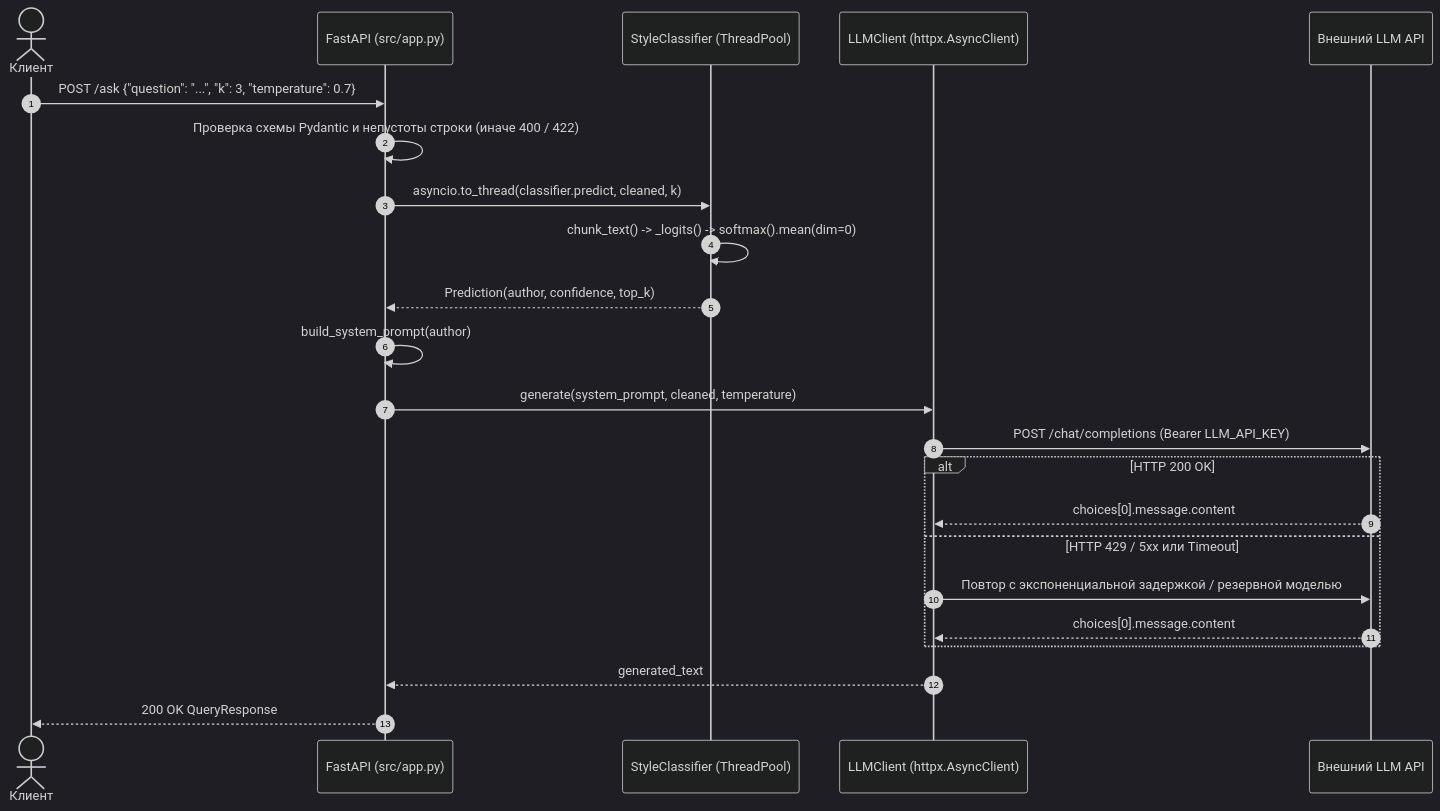
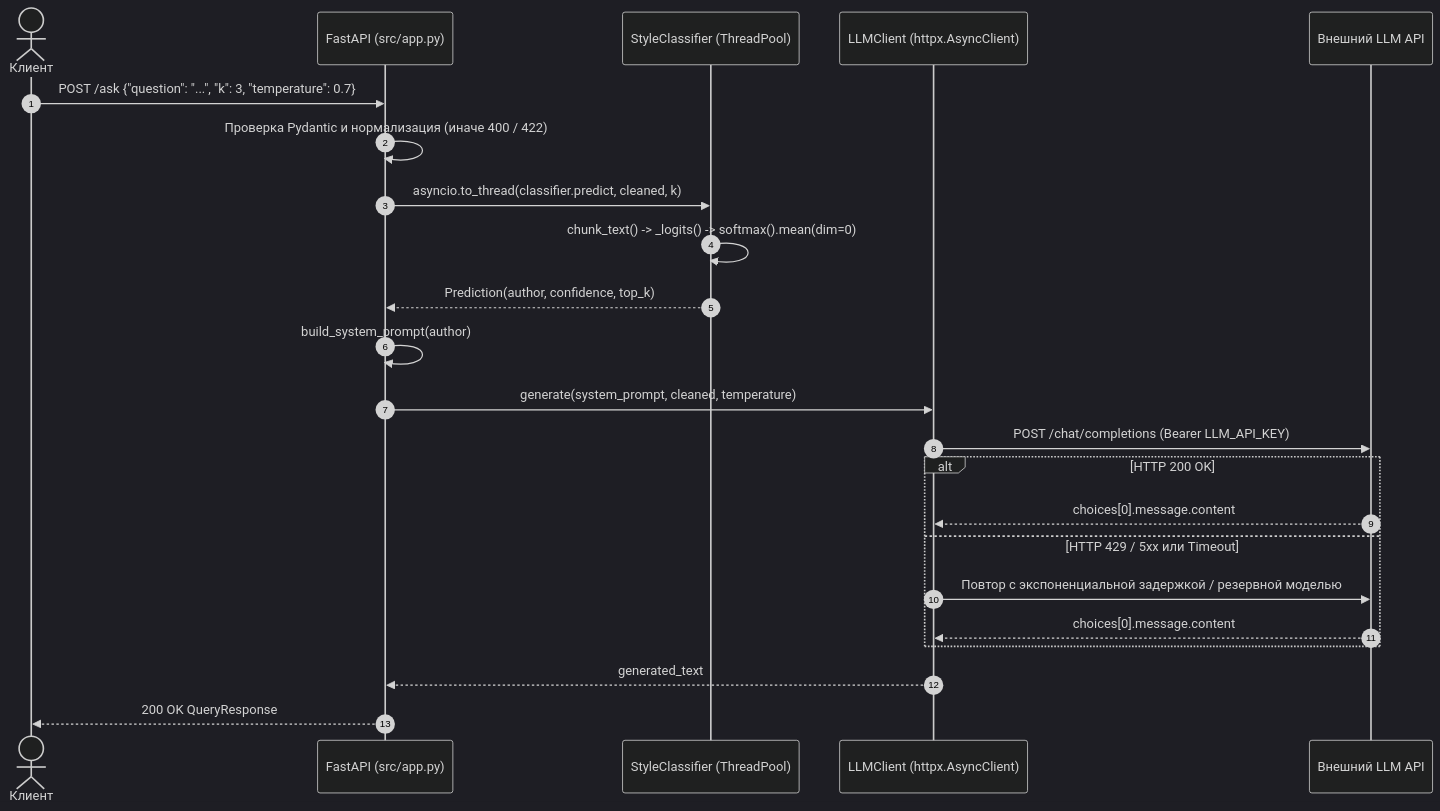
Before and after one commit to dsv-lt/SovTeh: the second of 2 diagrams in docs/TECHNICAL_DOCUMENTATION.md, drawn with Mermaid (dark theme). The commit also changed other lines of this file and 4 other files, not shown here.

Commit message:
docs: align architecture, technical docs, user guide, report, and README

````diff
--- a/docs/TECHNICAL_DOCUMENTATION.md
+++ b/docs/TECHNICAL_DOCUMENTATION.md
@@ -67,26 +81,26 @@
 ```mermaid
 sequenceDiagram
     autonumber
     actor User as Клиент
     participant API as FastAPI (src/app.py)
     participant Clf as StyleClassifier (ThreadPool)
     participant LLM as LLMClient (httpx.AsyncClient)
     participant Ext as Внешний LLM API
 
     User->>API: POST /ask {"question": "...", "k": 3, "temperature": 0.7}
-    API->>API: Проверка схемы Pydantic и непустоты строки (иначе 400 / 422)
+    API->>API: Проверка Pydantic и нормализация (иначе 400 / 422)
     API->>Clf: asyncio.to_thread(classifier.predict, cleaned, k)
     Clf->>Clf: chunk_text() -> _logits() -> softmax().mean(dim=0)
     Clf-->>API: Prediction(author, confidence, top_k)
     API->>API: build_system_prompt(author)
     API->>LLM: generate(system_prompt, cleaned, temperature)
     LLM->>Ext: POST /chat/completions (Bearer LLM_API_KEY)
     alt HTTP 200 OK
         Ext-->>LLM: choices[0].message.content
     else HTTP 429 / 5xx или Timeout
         LLM->>Ext: Повтор с экспоненциальной задержкой / резервной моделью
         Ext-->>LLM: choices[0].message.content
     end
     LLM-->>API: generated_text
     API-->>User: 200 OK QueryResponse
 ```
````
